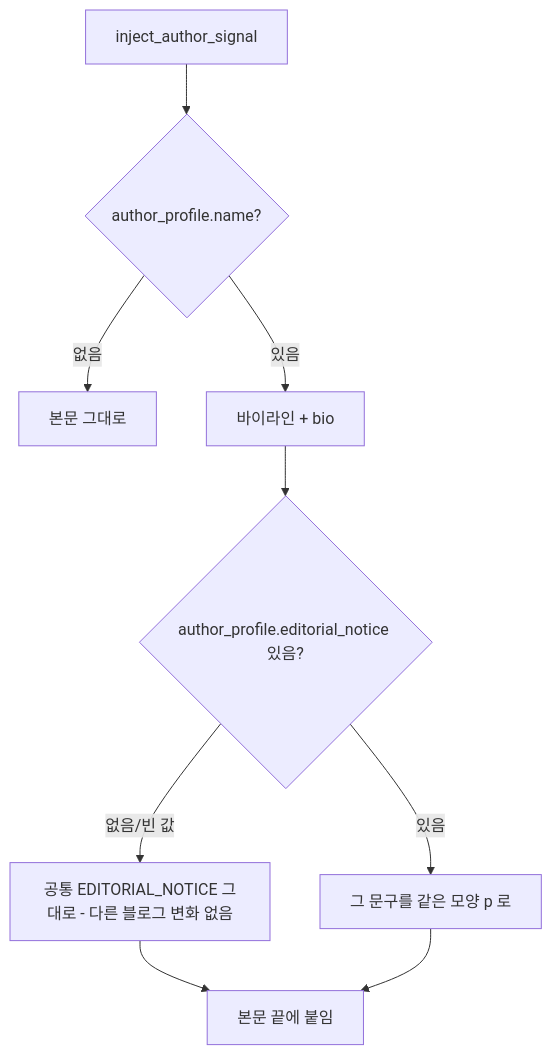
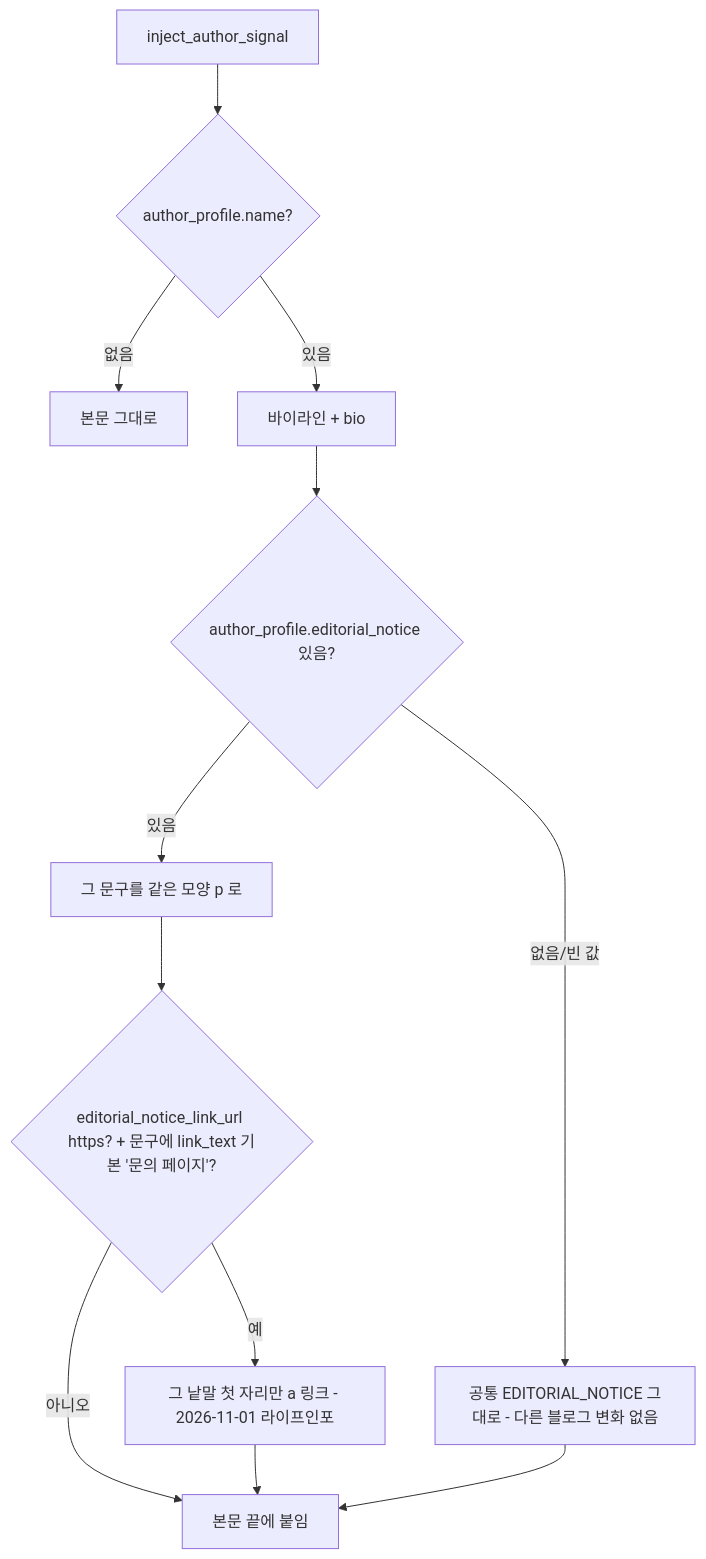
One commit to jteen-lab/blogauto_v2 changed the diagram in docs/flowcharts/editorial_notice_per_blog.md. Above: the diagram before and after it, drawn with Mermaid.

Commit message:
docs(꼬리말): 꼬리말 속 문의 페이지 링크 갈래 순서도

````diff
--- a/docs/flowcharts/editorial_notice_per_blog.md
+++ b/docs/flowcharts/editorial_notice_per_blog.md
@@ -3,11 +3,14 @@
 ```mermaid
 flowchart TD
     A[inject_author_signal] --> B{author_profile.name?}
     B -- 없음 --> Z[본문 그대로]
     B -- 있음 --> C[바이라인 + bio]
     C --> D{author_profile.editorial_notice 있음?}
     D -- 없음/빈 값 --> E[공통 EDITORIAL_NOTICE 그대로 - 다른 블로그 변화 없음]
     D -- 있음 --> F[그 문구를 같은 모양 p 로]
+    F --> L{editorial_notice_link_url https? + 문구에 link_text 기본 '문의 페이지'?}
+    L -- 예 --> M[그 낱말 첫 자리만 a 링크 - 2026-11-01 라이프인포]
+    L -- 아니오 --> G
+    M --> G
     E --> G[본문 끝에 붙임]
-    F --> G
 ```
````
